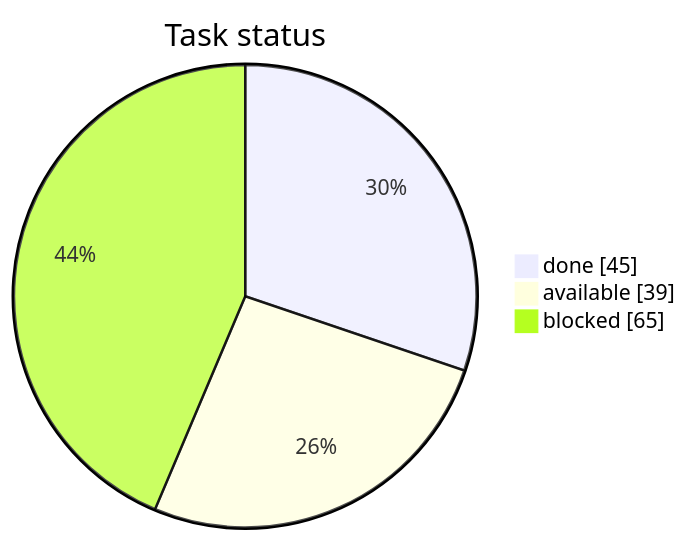
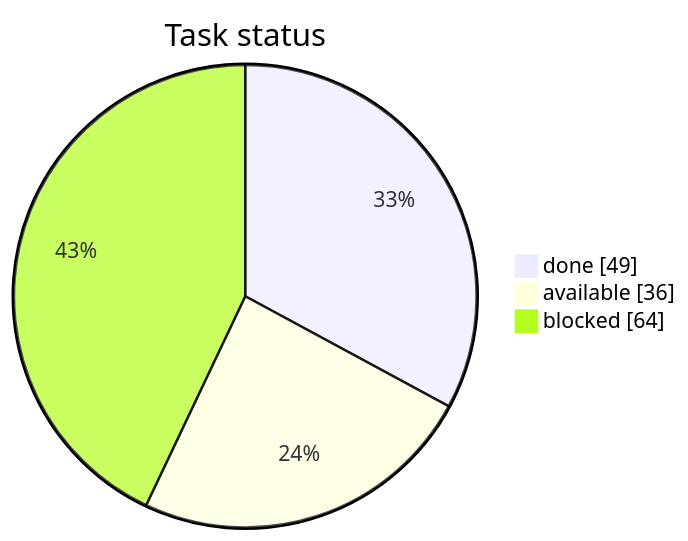
One commit to artemiiShabanov/RallyRivals changed the first of 3 diagrams in STATUS.md. Above: the diagram before and after it, drawn with Mermaid. The commit also changed other lines of this file and 11 other files, not shown here.

````diff
--- a/STATUS.md
+++ b/STATUS.md
@@ -7,7 +7,7 @@
 ```mermaid
 pie showData
     title Task status
-    "done" : 45
-    "available" : 39
-    "blocked" : 65
+    "done" : 49
+    "available" : 36
+    "blocked" : 64
 ```
````
